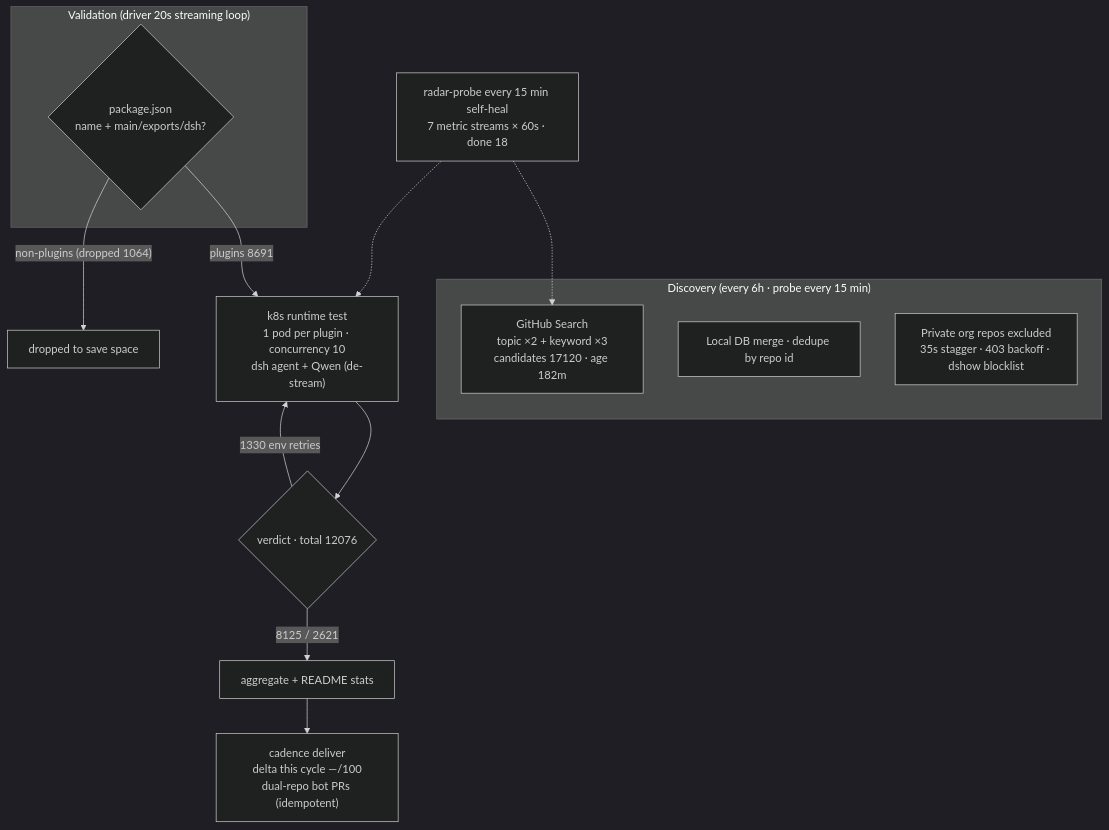
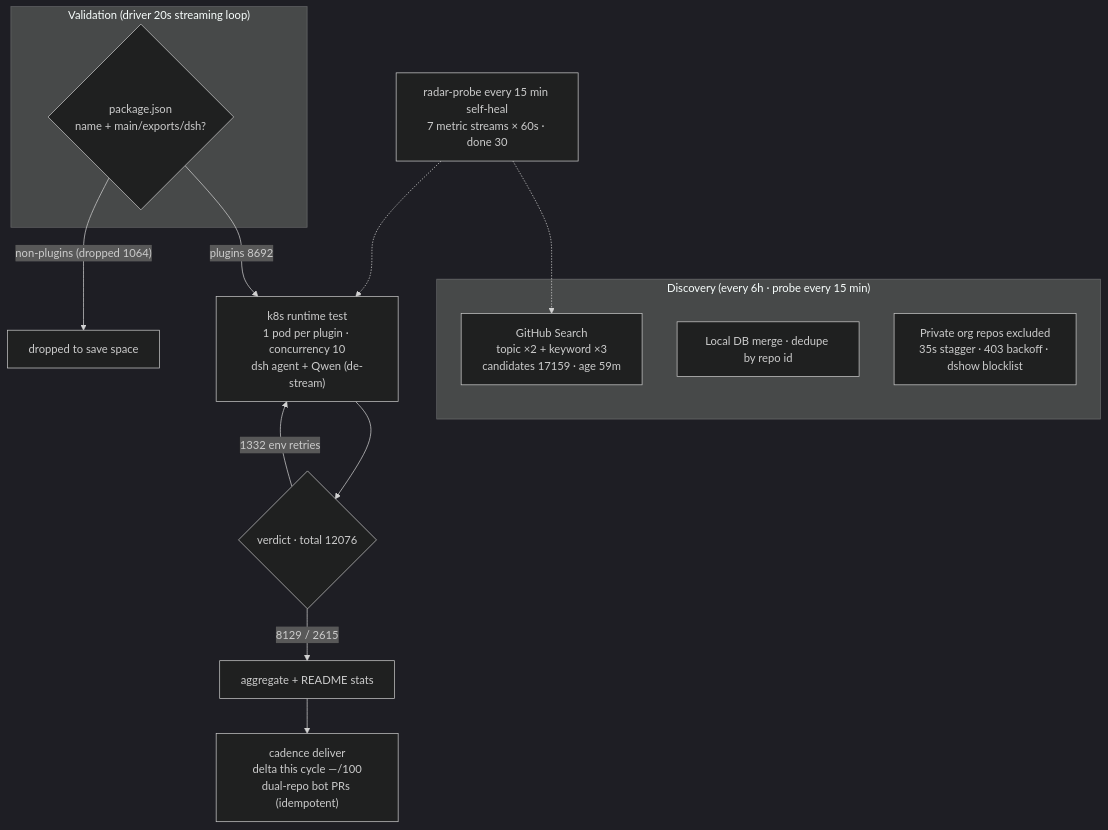
One commit to AdamPlatin123/awesome-dsh-plugins changed the diagram in README.en-US.md. Above: the diagram before and after it, drawn with Mermaid (dark theme). The commit also changed other lines of this file and 5 other files, not shown here.

````diff
--- a/README.en-US.md
+++ b/README.en-US.md
@@ -45,20 +45,20 @@
 ```mermaid
 flowchart TB
     subgraph Discovery["Discovery (every 6h · probe every 15 min)"]
-        A1["GitHub Search<br/>topic ×2 + keyword ×3<br/>candidates 17120 · age 182m"]
+        A1["GitHub Search<br/>topic ×2 + keyword ×3<br/>candidates 17159 · age 59m"]
         A2["Local DB merge · dedupe by repo id"]
         A3["Private org repos excluded<br/>35s stagger · 403 backoff · dshow blocklist"]
     end
     subgraph Validation["Validation (driver 20s streaming loop)"]
         B1{"package.json<br/>name + main/exports/dsh?"}
     end
-    B1 -->|"plugins 8691"| C1["k8s runtime test<br/>1 pod per plugin · concurrency 10<br/>dsh agent + Qwen (de-stream)"]
+    B1 -->|"plugins 8692"| C1["k8s runtime test<br/>1 pod per plugin · concurrency 10<br/>dsh agent + Qwen (de-stream)"]
     B1 -->|"non-plugins (dropped 1064)"| B3["dropped to save space"]
     C1 --> D1{"verdict · total 12076"}
-    D1 -->|"8125 / 2621"| E1["aggregate + README stats"]
-    D1 -->|"1330 env retries"| C1
+    D1 -->|"8129 / 2615"| E1["aggregate + README stats"]
+    D1 -->|"1332 env retries"| C1
     E1 --> E2["cadence deliver<br/>delta this cycle —/100<br/>dual-repo bot PRs (idempotent)"]
-    M["radar-probe every 15 min self-heal<br/>7 metric streams × 60s · done 18"]
+    M["radar-probe every 15 min self-heal<br/>7 metric streams × 60s · done 30"]
     M -.-> A1
     M -.-> C1
 ```
````
